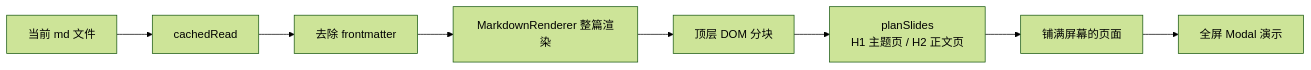
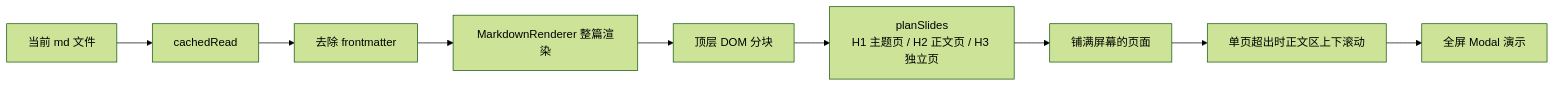
The diagram in docs/features/slides.md (justin-z0/obsidian-all-in-one), drawn with Mermaid (forest theme) before and after one commit. The commit also changed other lines of this file and 14 other files, not shown here.

````diff
--- a/docs/features/slides.md
+++ b/docs/features/slides.md
@@ -80,10 +103,11 @@
 ```mermaid
 flowchart LR
     File["当前 md 文件"] --> Read["cachedRead"]
     Read --> Strip["去除 frontmatter"]
     Strip --> Render["MarkdownRenderer 整篇渲染"]
     Render --> Blocks["顶层 DOM 分块"]
-    Blocks --> Plan["planSlides<br/>H1 主题页 / H2 正文页"]
+    Blocks --> Plan["planSlides<br/>H1 主题页 / H2 正文页 / H3 独立页"]
     Plan --> Slides["铺满屏幕的页面"]
-    Slides --> Modal["全屏 Modal 演示"]
+    Slides --> Scroll["单页超出时正文区上下滚动"]
+    Scroll --> Modal["全屏 Modal 演示"]
 ```
````
